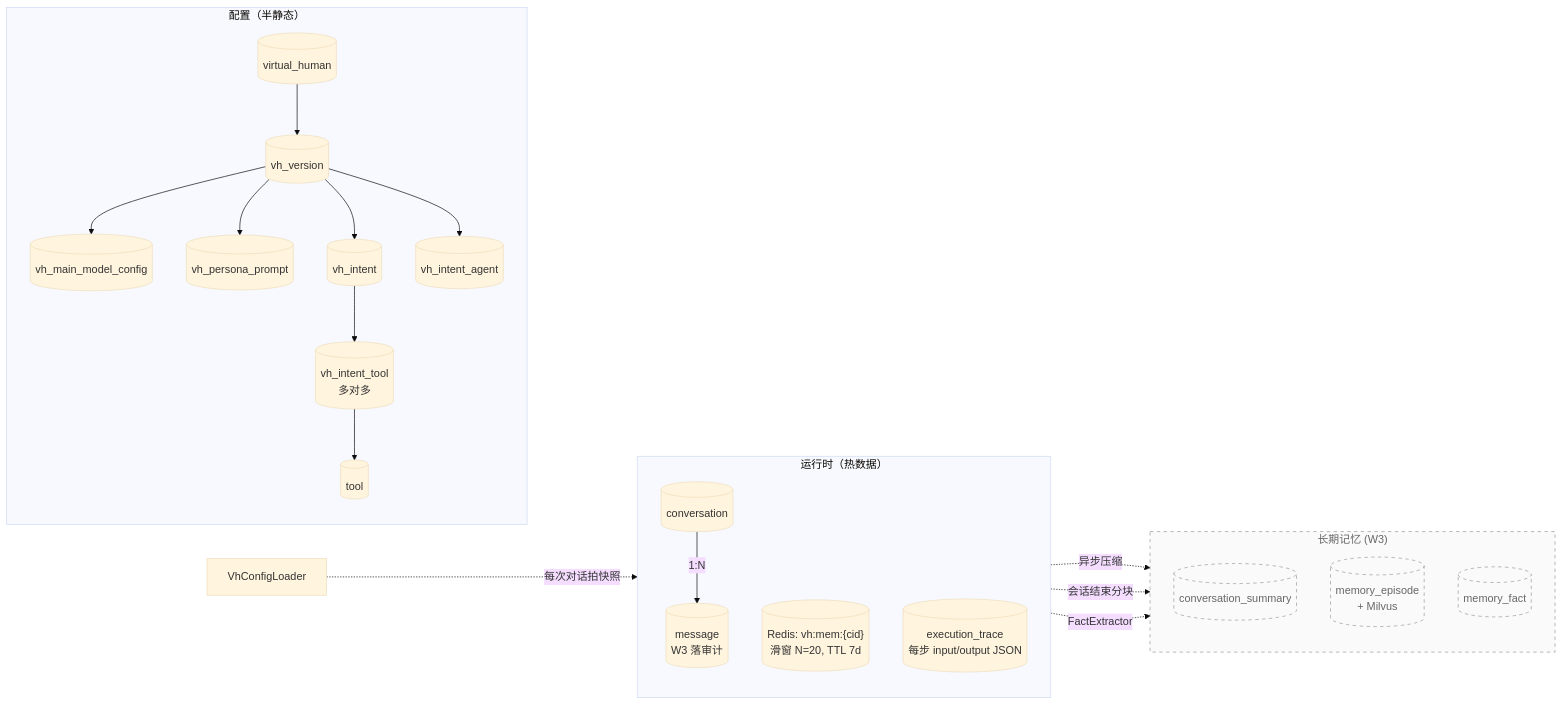
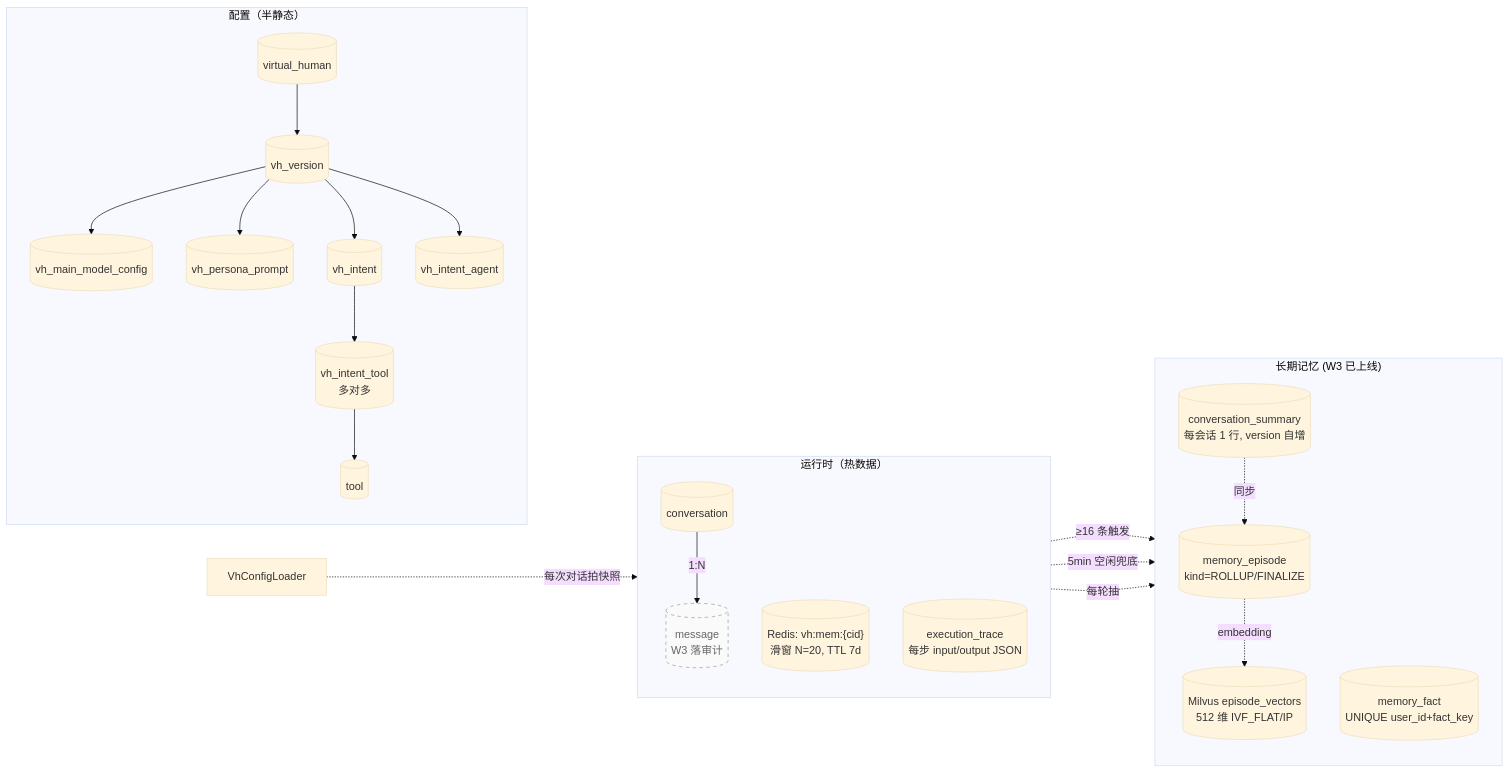
One commit to Lakersilk-W/virtual-human changed the fourth of 4 diagrams in docs/architecture.md. Above: the diagram before and after it, drawn with Mermaid (base theme). The commit also changed other lines of this file and 26 other files, not shown here.

````diff
--- a/docs/architecture.md
+++ b/docs/architecture.md
@@ -236,45 +313,48 @@
 ```mermaid
 flowchart LR
     subgraph Static["配置（半静态）"]
         direction TB
         VH[(virtual_human)]
         Ver[(vh_version)]
         Model[(vh_main_model_config)]
         Persona[(vh_persona_prompt)]
         Intent[(vh_intent)]
         IntAg[(vh_intent_agent)]
         IntTool[(vh_intent_tool<br/>多对多)]
         Tool[(tool)]
         VH --> Ver
         Ver --> Model
         Ver --> Persona
         Ver --> Intent
         Ver --> IntAg
         Intent --> IntTool
         IntTool --> Tool
     end
 
     subgraph Hot["运行时（热数据）"]
         direction TB
         Conv[(conversation)]
         Msg[(message<br/>W3 落审计)]
         STM[("Redis: vh:mem:{cid}<br/>滑窗 N=20, TTL 7d")]
         Trace[(execution_trace<br/>每步 input/output JSON)]
     end
 
-    subgraph LongTerm["长期记忆 (W3)"]
+    subgraph LongTerm["长期记忆 (W3 已上线)"]
         direction TB
-        Summary[(conversation_summary)]
-        Episode[(memory_episode<br/>+ Milvus)]
-        Fact[(memory_fact)]
+        SummaryDb[(conversation_summary<br/>每会话 1 行, version 自增)]
+        Episode[(memory_episode<br/>kind=ROLLUP/FINALIZE)]
+        EpVec[("Milvus episode_vectors<br/>512 维 IVF_FLAT/IP")]
+        Fact[(memory_fact<br/>UNIQUE user_id+fact_key)]
     end
 
     VhConfigLoader -. 每次对话拍快照 .-> Conv
     Conv -- 1:N --> Msg
-    STM -. 异步压缩 .-> Summary
-    Msg -. 会话结束分块 .-> Episode
-    Msg -. FactExtractor .-> Fact
+    STM -. ≥16 条触发 .-> SummaryDb
+    SummaryDb -. 同步 .-> Episode
+    Episode -. embedding .-> EpVec
+    Conv -. 5min 空闲兜底 .-> Episode
+    STM -. 每轮抽 .-> Fact
 
     classDef planned stroke-dasharray: 5 5,fill:#fafafa,stroke:#999,color:#666
-    class Summary,Episode,Fact,LongTerm planned
+    class Msg planned
 ```
````
